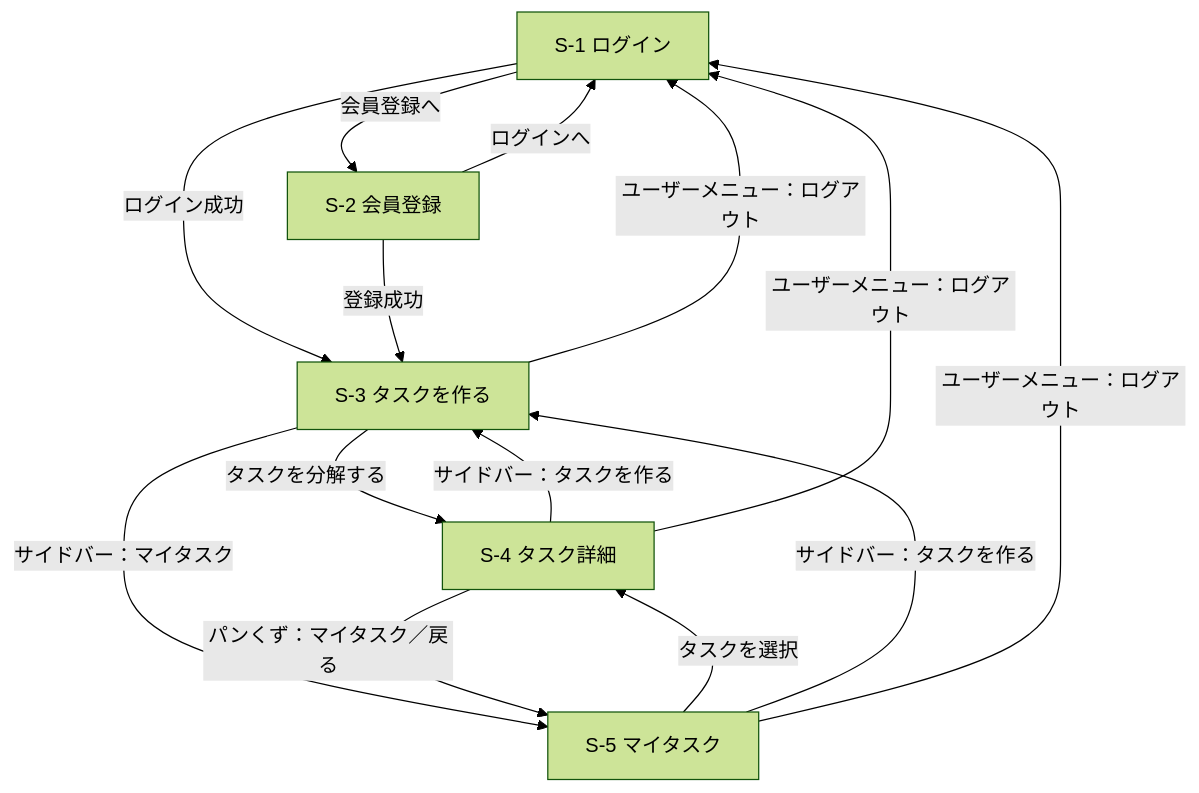
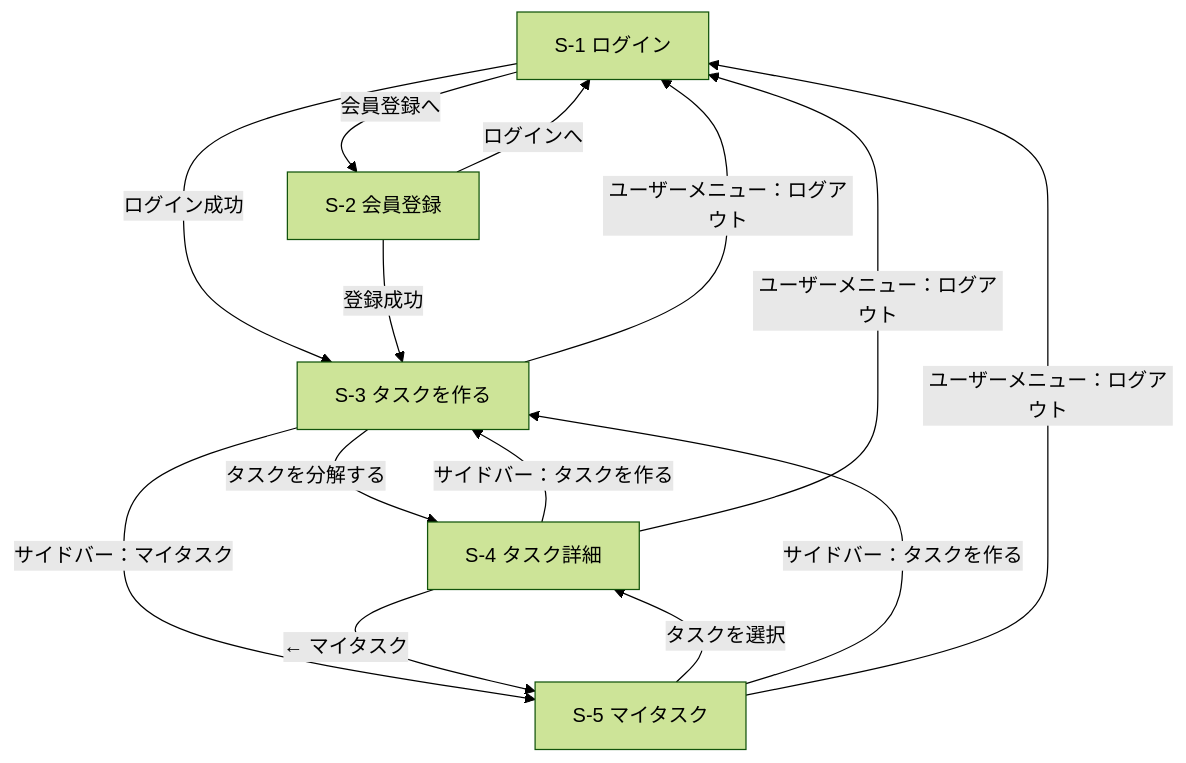
One commit to hisaju/task-breakdown changed the diagram in docs/screens.md. Above: the diagram before and after it, drawn with Mermaid (forest theme). The commit also changed other lines of this file and 1 other file, not shown here.

````diff
--- a/docs/screens.md
+++ b/docs/screens.md
@@ -17,16 +17,16 @@
 ```mermaid
 flowchart TD
   S1[S-1 ログイン] -- ログイン成功 --> S3
   S1 -- 会員登録へ --> S2[S-2 会員登録]
   S2 -- 登録成功 --> S3
   S2 -- ログインへ --> S1
 
   S3[S-3 タスクを作る] -- タスクを分解する --> S4[S-4 タスク詳細]
   S3 -- サイドバー：マイタスク --> S5[S-5 マイタスク]
   S5 -- タスクを選択 --> S4
-  S4 -- パンくず：マイタスク／戻る --> S5
+  S4 -- ← マイタスク --> S5
   S4 -- サイドバー：タスクを作る --> S3
   S5 -- サイドバー：タスクを作る --> S3
 
   S3 & S4 & S5 -- ユーザーメニュー：ログアウト --> S1
 ```
````
